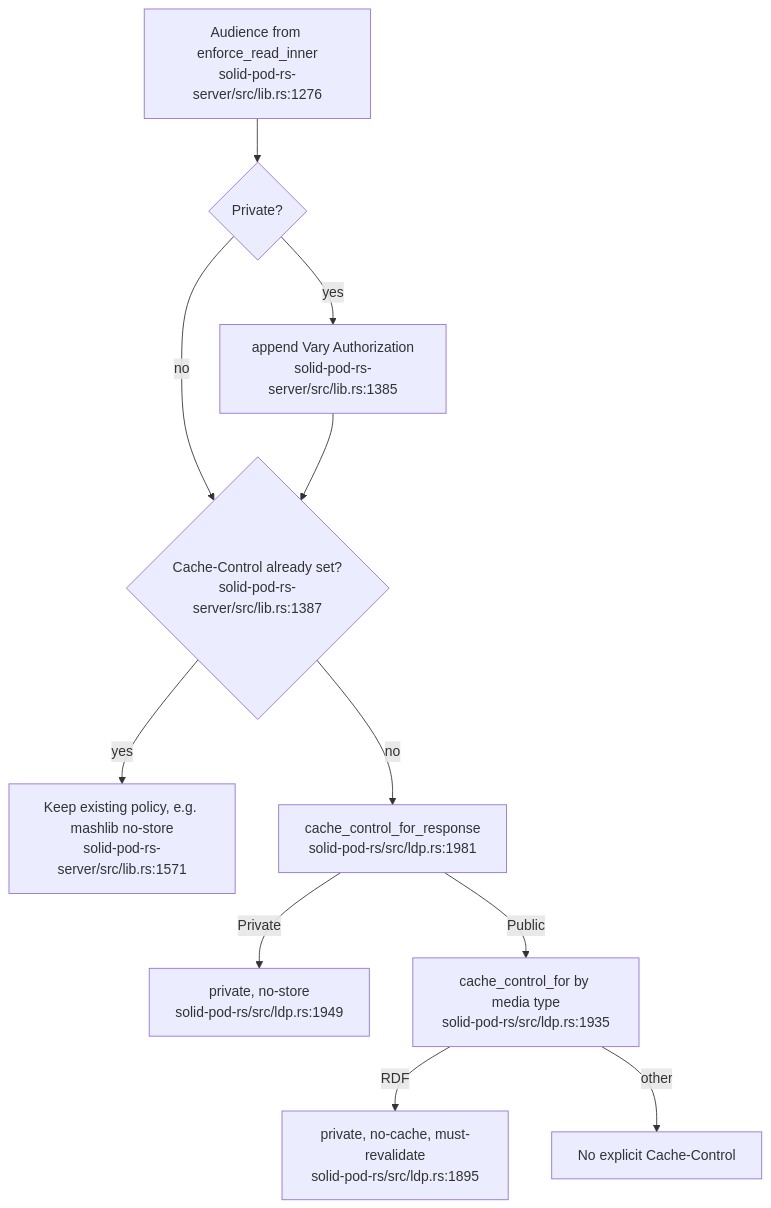
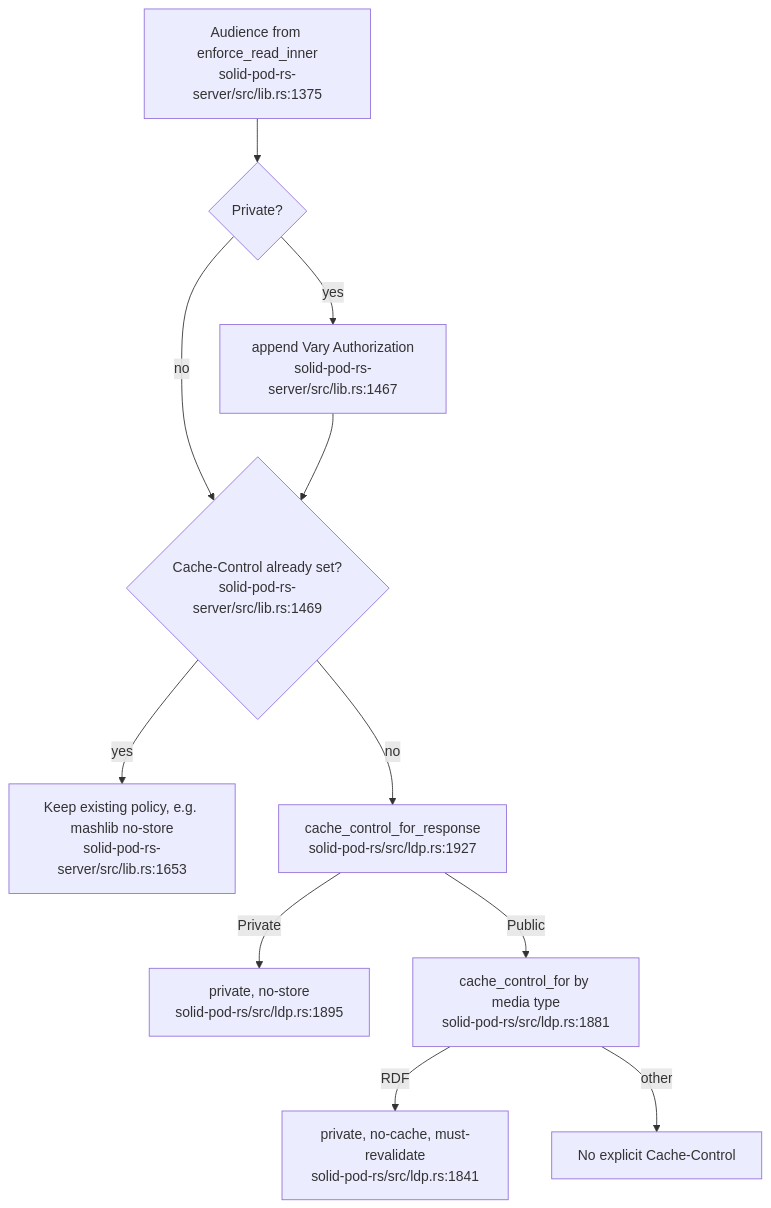
One commit to DreamLab-AI/VisionFlow changed diagram 11 of 11 in docs/diagrams/solid-pod-rs/03-ldp-request-lifecycle.md. Above: the diagram before and after it, drawn with Mermaid. The commit also changed other lines of this file and 59 other files, not shown here.

First line of the commit message:
docs(diagrams): re-derive and re-stamp forum, website, pod, ontomark and sealmap topics

````diff
--- a/docs/diagrams/solid-pod-rs/03-ldp-request-lifecycle.md
+++ b/docs/diagrams/solid-pod-rs/03-ldp-request-lifecycle.md
@@ -344,13 +347,13 @@
 ```mermaid
 flowchart TD
-    A["Audience from enforce_read_inner<br/>solid-pod-rs-server/src/lib.rs:1276"] --> PRIVATE{"Private?"}
-    PRIVATE -- yes --> V["append Vary Authorization<br/>solid-pod-rs-server/src/lib.rs:1385"]
+    A["Audience from enforce_read_inner<br/>solid-pod-rs-server/src/lib.rs:1375"] --> PRIVATE{"Private?"}
+    PRIVATE -- yes --> V["append Vary Authorization<br/>solid-pod-rs-server/src/lib.rs:1467"]
     PRIVATE -- no --> EXIST
-    V --> EXIST{"Cache-Control already set?<br/>solid-pod-rs-server/src/lib.rs:1387"}
-    EXIST -- yes --> KEEP["Keep existing policy, e.g. mashlib no-store<br/>solid-pod-rs-server/src/lib.rs:1571"]
-    EXIST -- no --> POLICY["cache_control_for_response<br/>solid-pod-rs/src/ldp.rs:1981"]
-    POLICY -- Private --> NS["private, no-store<br/>solid-pod-rs/src/ldp.rs:1949"]
-    POLICY -- Public --> MEDIA["cache_control_for by media type<br/>solid-pod-rs/src/ldp.rs:1935"]
-    MEDIA -- RDF --> RDF["private, no-cache, must-revalidate<br/>solid-pod-rs/src/ldp.rs:1895"]
+    V --> EXIST{"Cache-Control already set?<br/>solid-pod-rs-server/src/lib.rs:1469"}
+    EXIST -- yes --> KEEP["Keep existing policy, e.g. mashlib no-store<br/>solid-pod-rs-server/src/lib.rs:1653"]
+    EXIST -- no --> POLICY["cache_control_for_response<br/>solid-pod-rs/src/ldp.rs:1927"]
+    POLICY -- Private --> NS["private, no-store<br/>solid-pod-rs/src/ldp.rs:1895"]
+    POLICY -- Public --> MEDIA["cache_control_for by media type<br/>solid-pod-rs/src/ldp.rs:1881"]
+    MEDIA -- RDF --> RDF["private, no-cache, must-revalidate<br/>solid-pod-rs/src/ldp.rs:1841"]
     MEDIA -- other --> NONE["No explicit Cache-Control"]
 ```
````
